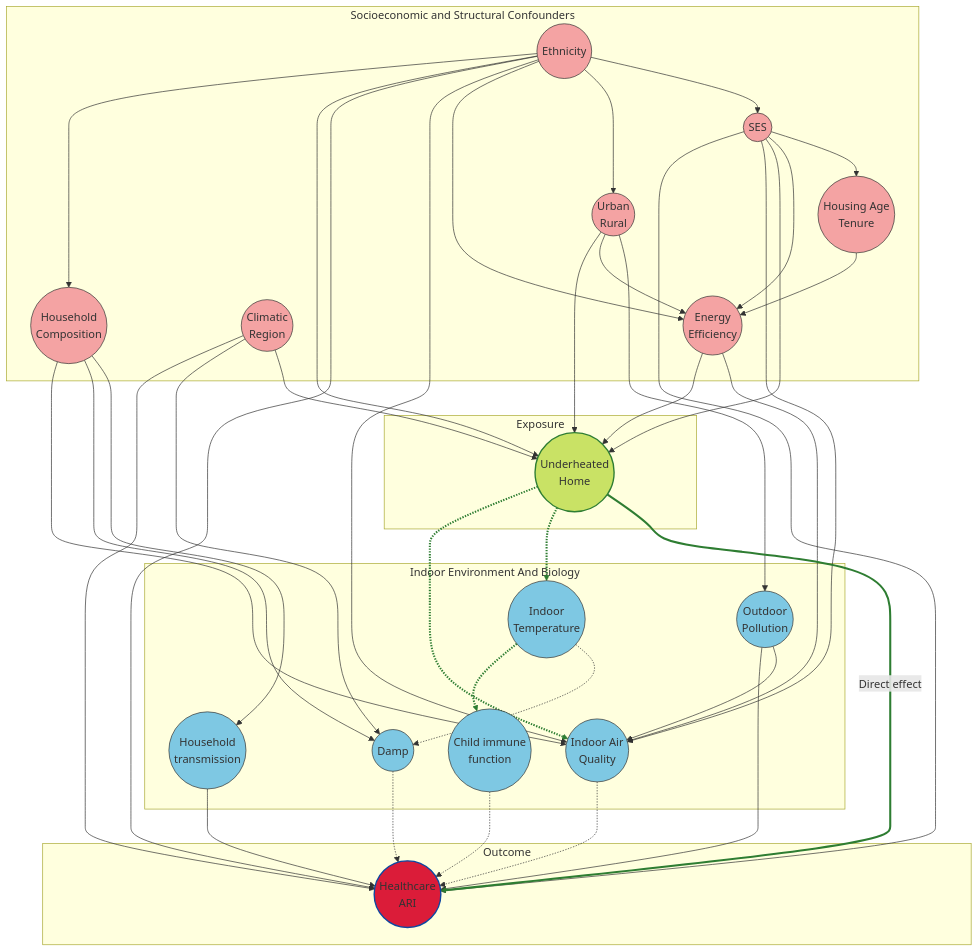
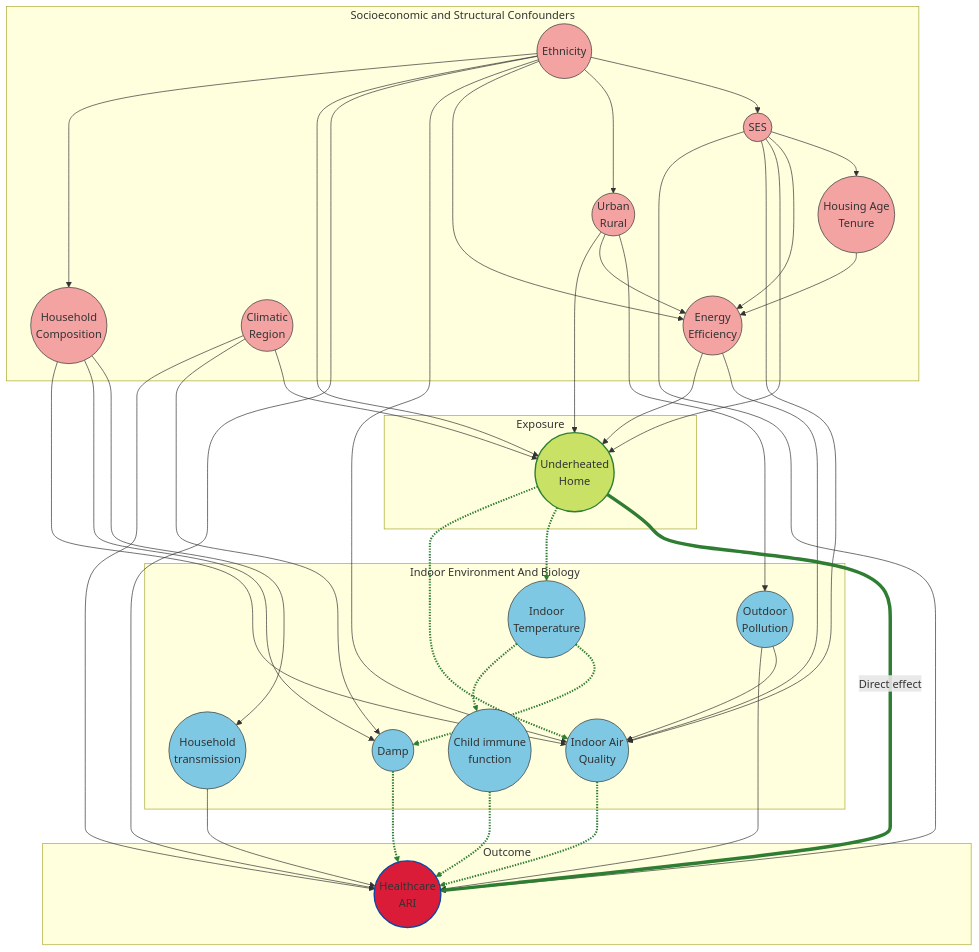
The diagram in ari_dag.md (HomesHeatAndHealthyKids/DataLochAnalysis), drawn with Mermaid before and after one commit.

Commit message:
Fixed up indirect effects to match Livvy's DAG

````diff
--- a/ari_dag.md
+++ b/ari_dag.md
@@ -117,7 +117,10 @@
 %% Edge styling (green causal pathway)
 linkStyle 32 stroke:#2e7d32,stroke-width:5px;
 linkStyle 29 stroke:#2e7d32,stroke-width:3px;
+linkStyle 27 stroke:#2e7d32,stroke-width:3px;
+linkStyle 30 stroke:#2e7d32,stroke-width:3px;
+linkStyle 31 stroke:#2e7d32,stroke-width:3px;
+linkStyle 28 stroke:#2e7d32,stroke-width:3px;
 linkStyle 33 stroke:#2e7d32,stroke-width:3px;
 linkStyle 34 stroke:#2e7d32,stroke-width:3px;
-linkStyle 32 stroke:#2e7d32,stroke-width:3px;
 ```
````
